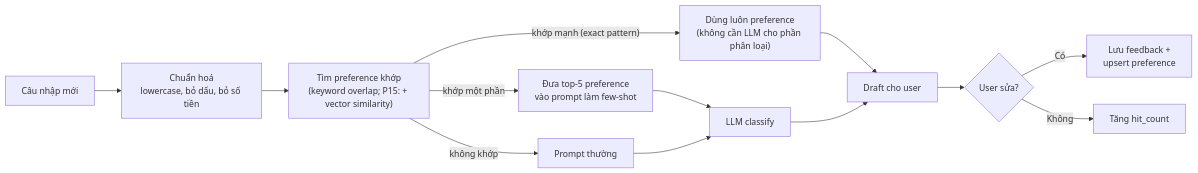
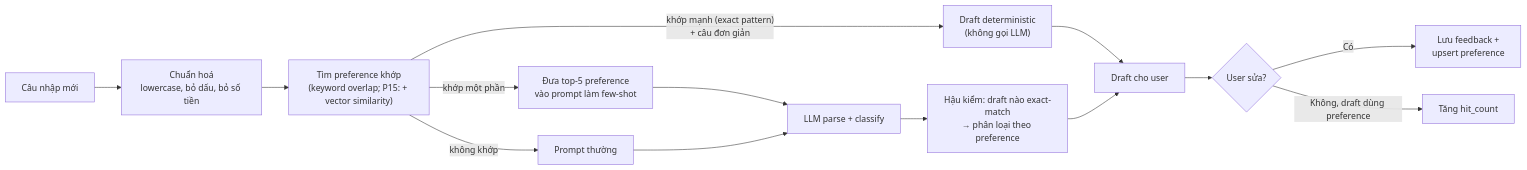
One commit to dangbh96/AI-personal-finance-assistant changed the third of 3 diagrams in docs/architecture/ai-architecture.md. Above: the diagram before and after it, drawn with Mermaid. The commit also changed other lines of this file and 41 other files, not shown here.

````diff
--- a/docs/architecture/ai-architecture.md
+++ b/docs/architecture/ai-architecture.md
@@ -103,15 +104,16 @@
 ```mermaid
 flowchart LR
     inp["Câu nhập mới"] --> norm["Chuẩn hoá<br/>lowercase, bỏ dấu, bỏ số tiền"]
     norm --> match["Tìm preference khớp<br/>(keyword overlap; P15: + vector similarity)"]
-    match -->|"khớp mạnh (exact pattern)"| direct["Dùng luôn preference<br/>(không cần LLM cho phần phân loại)"]
+    match -->|"khớp mạnh (exact pattern)<br/>+ câu đơn giản"| direct["Draft deterministic<br/>(không gọi LLM)"]
     match -->|"khớp một phần"| fewshot["Đưa top-5 preference<br/>vào prompt làm few-shot"]
     match -->|"không khớp"| plain["Prompt thường"]
-    fewshot --> llm["LLM classify"]
+    fewshot --> llm["LLM parse + classify"]
     plain --> llm
+    llm --> post["Hậu kiểm: draft nào exact-match<br/>→ phân loại theo preference"]
     direct --> draft["Draft cho user"]
-    llm --> draft
+    post --> draft
     draft --> confirm{"User sửa?"}
     confirm -->|"Có"| save["Lưu feedback +<br/>upsert preference"]
-    confirm -->|"Không"| hit["Tăng hit_count"]
+    confirm -->|"Không, draft dùng preference"| hit["Tăng hit_count"]
 ```
````
